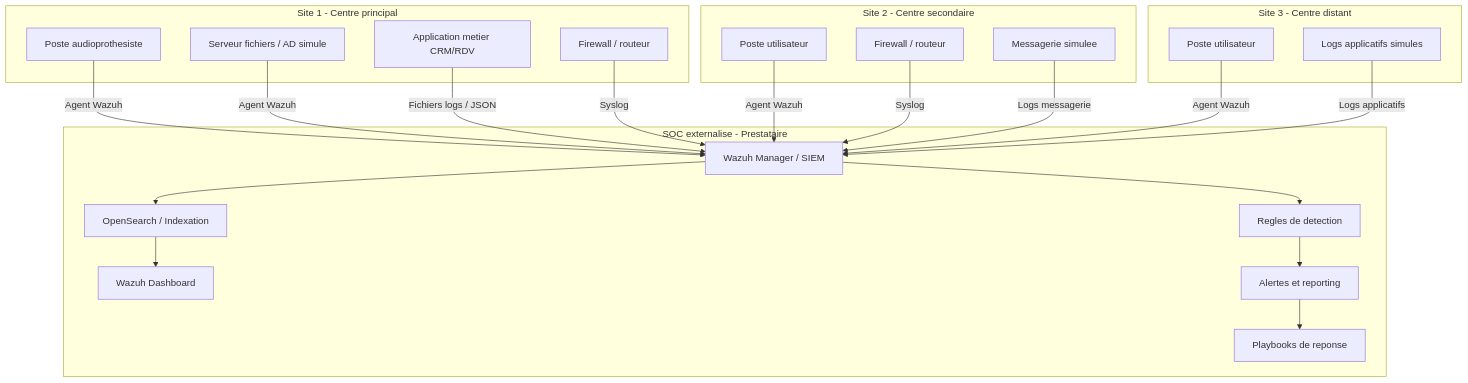
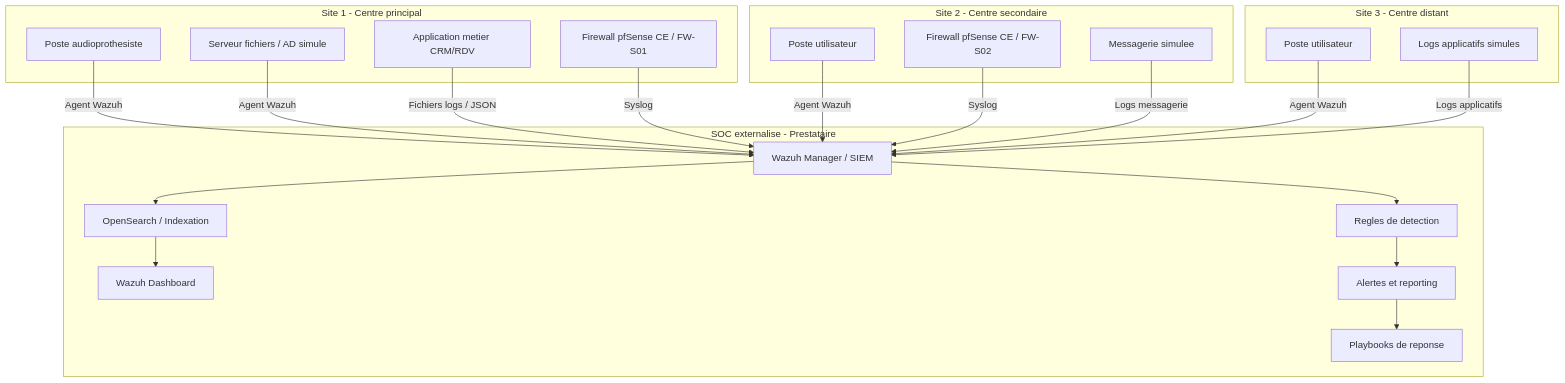
One commit to ivanfocsa/projet_cs_m2_livrables changed the diagram in étape 1/docs/02_Dossier_Architecture_Technique.md. Above: the diagram before and after it, drawn with Mermaid. The commit also changed other lines of this file and 46 other files, not shown here.

````diff
--- a/étape 1/docs/02_Dossier_Architecture_Technique.md
+++ b/étape 1/docs/02_Dossier_Architecture_Technique.md
@@ -13,45 +13,45 @@
 ```mermaid
 flowchart TB
     subgraph SOC["SOC externalise - Prestataire"]
         WAZUH["Wazuh Manager / SIEM"]
         INDEX["OpenSearch / Indexation"]
         DASH["Wazuh Dashboard"]
         RULES["Regles de detection"]
         ALERTS["Alertes et reporting"]
         PLAYBOOKS["Playbooks de reponse"]
     end
 
     subgraph SITE1["Site 1 - Centre principal"]
         PC1["Poste audioprothesiste"]
         SRV1["Serveur fichiers / AD simule"]
         APP1["Application metier CRM/RDV"]
-        FW1["Firewall / routeur"]
+        FW1["Firewall pfSense CE / FW-S01"]
     end
 
     subgraph SITE2["Site 2 - Centre secondaire"]
         PC2["Poste utilisateur"]
-        FW2["Firewall / routeur"]
+        FW2["Firewall pfSense CE / FW-S02"]
         MAIL2["Messagerie simulee"]
     end
 
     subgraph SITE3["Site 3 - Centre distant"]
         PC3["Poste utilisateur"]
         APP3["Logs applicatifs simules"]
     end
 
     PC1 -->|"Agent Wazuh"| WAZUH
     SRV1 -->|"Agent Wazuh"| WAZUH
     APP1 -->|"Fichiers logs / JSON"| WAZUH
     FW1 -->|"Syslog"| WAZUH
     PC2 -->|"Agent Wazuh"| WAZUH
     FW2 -->|"Syslog"| WAZUH
     MAIL2 -->|"Logs messagerie"| WAZUH
     PC3 -->|"Agent Wazuh"| WAZUH
     APP3 -->|"Logs applicatifs"| WAZUH
 
     WAZUH --> INDEX
     WAZUH --> RULES
     RULES --> ALERTS
     INDEX --> DASH
     ALERTS --> PLAYBOOKS
 ```
````
